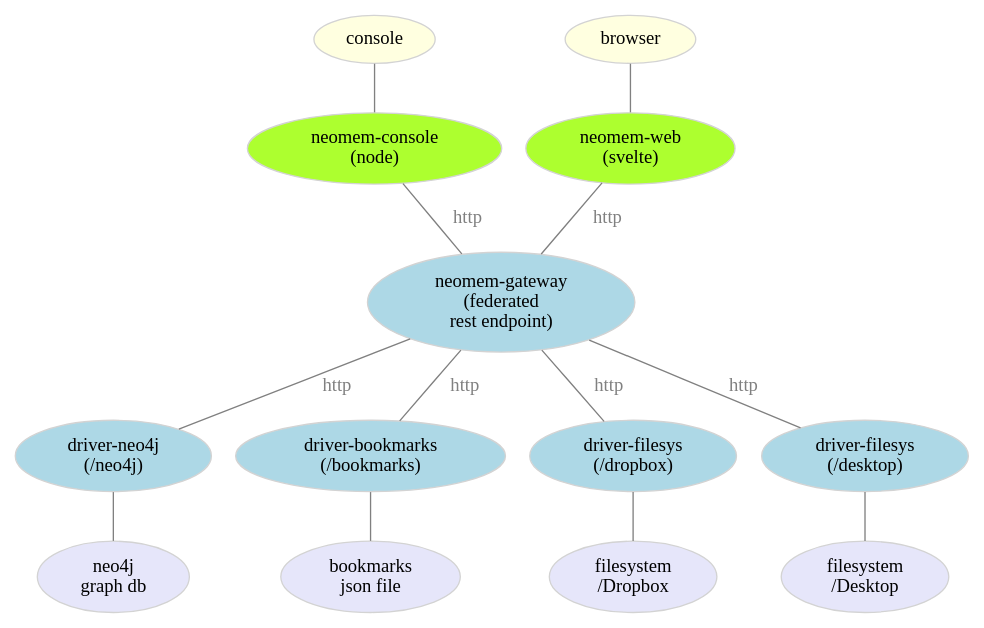
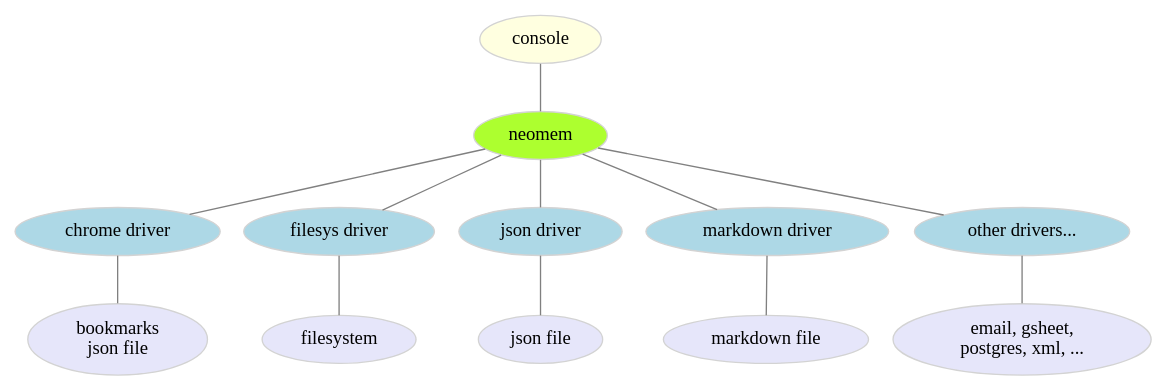
Before and after one commit to bburns/neomem: the diagram in design/architecture.dot, drawn with Graphviz. The commit also changed 2 other files, not shown here.

```diff
--- a/design/architecture.dot
+++ b/design/architecture.dot
@@ -1,36 +1,38 @@
 graph architecture {
 
   // styles
   // rankdir=LR; // left-to-right
   node [ color=lightgray; fillcolor=lightblue; style=filled ]; // default
   edge [ color=gray, fontcolor=gray ]; // default
 
   // nodes
   console [ fillcolor=lightyellow ];
-  browser [ fillcolor=lightyellow ];
-  nmgui [ label="neomem-web\n(svelte)"; fillcolor=greenyellow ];
-  nmconsole [label="neomem-console\n(node)"; fillcolor=greenyellow ];
-  nmgateway [label="neomem-gateway\n(federated\nrest endpoint)"];
-  driverNeo4j [label="driver-neo4j\n(/neo4j)"];
-  driverBookmarks [label="driver-bookmarks\n(/bookmarks)"];
-  driverFilesys1 [label="driver-filesys\n(/dropbox)"];
-  driverFilesys2 [label="driver-filesys\n(/desktop)"];
-  neo4j [ label="neo4j\ngraph db", fillcolor=lavender ];
-  bookmarks [ label="bookmarks\njson file", fillcolor=lavender ];
-  filesys1 [ label="filesystem\n/Dropbox", fillcolor=lavender ];
-  filesys2 [ label="filesystem\n/Desktop", fillcolor=lavender ];
+  neomem [label="neomem"; fillcolor=greenyellow ];
+  driverChrome [label="chrome driver"];
+  driverFilesys [label="filesys driver"];
+  // driverGsheet [label="gsheet driver"];
+  driverJson [label="json driver"];
+  driverMarkdown [label="markdown driver"];
+  driverOther [label="other drivers..."];
+  sourceChrome [ label="bookmarks\njson file", fillcolor=lavender ];
+  sourceFilesys [ label="filesystem", fillcolor=lavender ];
+  // sourceGsheet [ label="google sheet", fillcolor=lavender ];
+  sourceJson [ label="json file", fillcolor=lavender ];
+  sourceMarkdown [ label="markdown file", fillcolor=lavender ];
+  sourceOther [ label="email, gsheet,\npostgres, xml, ...", fillcolor=lavender ];
 
   // edges
-  browser -- nmgui;
-  console -- nmconsole;
-  nmconsole -- nmgateway [ label="  http" ];
-  nmgui -- nmgateway [ label="  http" ];
-  nmgateway -- driverNeo4j [ label="  http" ];
-  nmgateway -- driverBookmarks [ label="  http" ];
-  nmgateway -- driverFilesys1 [  label="  http" ];
-  nmgateway -- driverFilesys2 [  label="  http" ];
-  driverNeo4j -- neo4j;
-  driverBookmarks -- bookmarks;
-  driverFilesys1 -- filesys1;
-  driverFilesys2 -- filesys2;
+  console -- neomem;
+  neomem -- driverChrome;
+  neomem -- driverFilesys;
+  // neomem -- driverGsheet;
+  neomem -- driverJson;
+  neomem -- driverMarkdown;
+  neomem -- driverOther;
+  driverChrome -- sourceChrome;
+  driverFilesys -- sourceFilesys;
+  // driverGsheet -- sourceGsheet;
+  driverJson -- sourceJson;
+  driverMarkdown -- sourceMarkdown;
+  driverOther -- sourceOther;
 }
```
